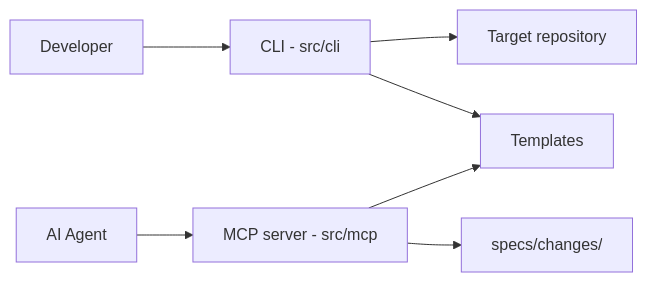
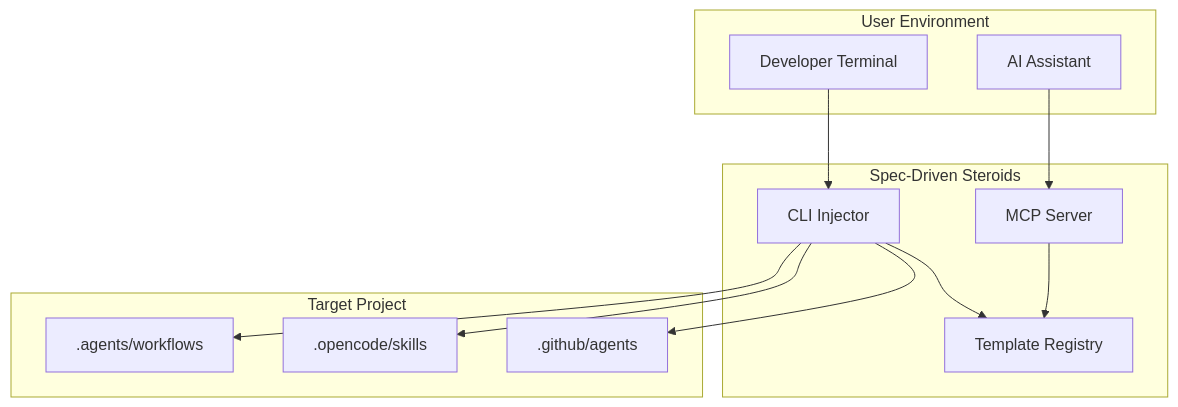
Before and after one commit to lindoelio/spec-driven-steroids: the first of 6 diagrams in ARCHITECTURE.md, drawn with Mermaid. The commit also changed other lines of this file and 24 other files, not shown here.

First line of the commit message:
feat(mcp): validate Mermaid diagrams in design checks

````diff
--- a/ARCHITECTURE.md
+++ b/ARCHITECTURE.md
@@ -18,9 +9,27 @@
 ```mermaid
-flowchart LR
-  User[Developer] --> CLI[CLI - src/cli]
-  CLI --> Templates[Templates]
-  CLI --> Target[Target repository]
-  Agent[AI Agent] --> MCP[MCP server - src/mcp]
-  MCP --> Specs[specs/changes/<slug>]
-  MCP --> Templates
+flowchart TD
+    subgraph "User Environment"
+        A[Developer Terminal]
+        B[AI Assistant]
+    end
+
+    subgraph "Spec-Driven Steroids"
+        C[CLI Injector]
+        D[MCP Server]
+        E[Template Registry]
+    end
+
+    subgraph "Target Project"
+        F[.github/agents]
+        G[.opencode/skills]
+        H[.agents/workflows]
+    end
+
+    A --> C
+    B --> D
+    C --> E
+    C --> F
+    C --> G
+    C --> H
+    D --> E
 ```
````
